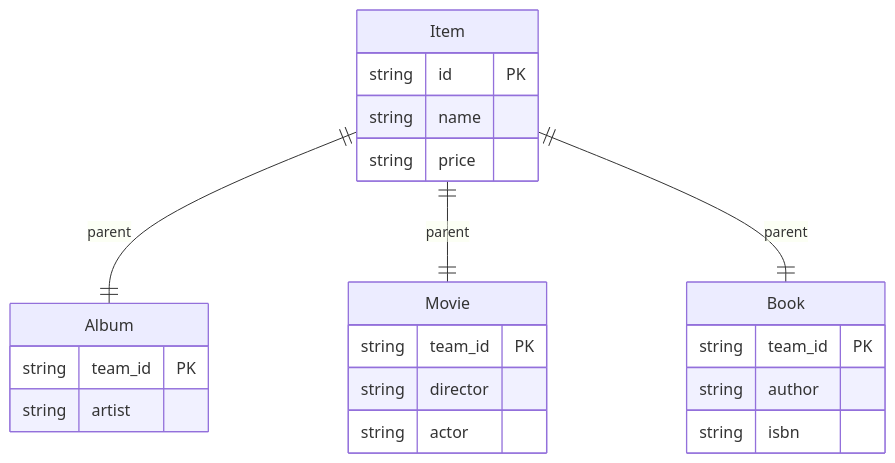
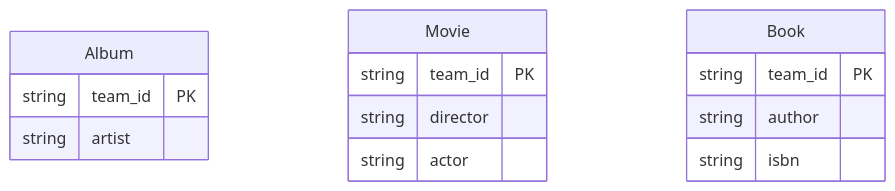
Before and after one commit to withColinSong/JPA-study: the second of 2 diagrams in 01.jpa-basic/07.Inheritance.md, drawn with Mermaid. The commit also changed other lines of this file and 1 other file, not shown here.

Commit message:
fix: table per class  entity diagram

````diff
--- a/01.jpa-basic/07.Inheritance.md
+++ b/01.jpa-basic/07.Inheritance.md
@@ -140,32 +163,20 @@
 ```mermaid
 erDiagram
-
-
-Item {
-    string id PK
-    string name
-    string price
-}
-
-Item ||--|| Album : parent
-Item ||--|| Movie : parent
-Item ||--|| Book : parent
-
 Album {
     string team_id PK
     string artist
 }
 
 Movie {
     string team_id PK
     string director
     string actor
 }
 
 Book {
     string team_id PK
     string author
     string isbn
 }
 
 ```
````
